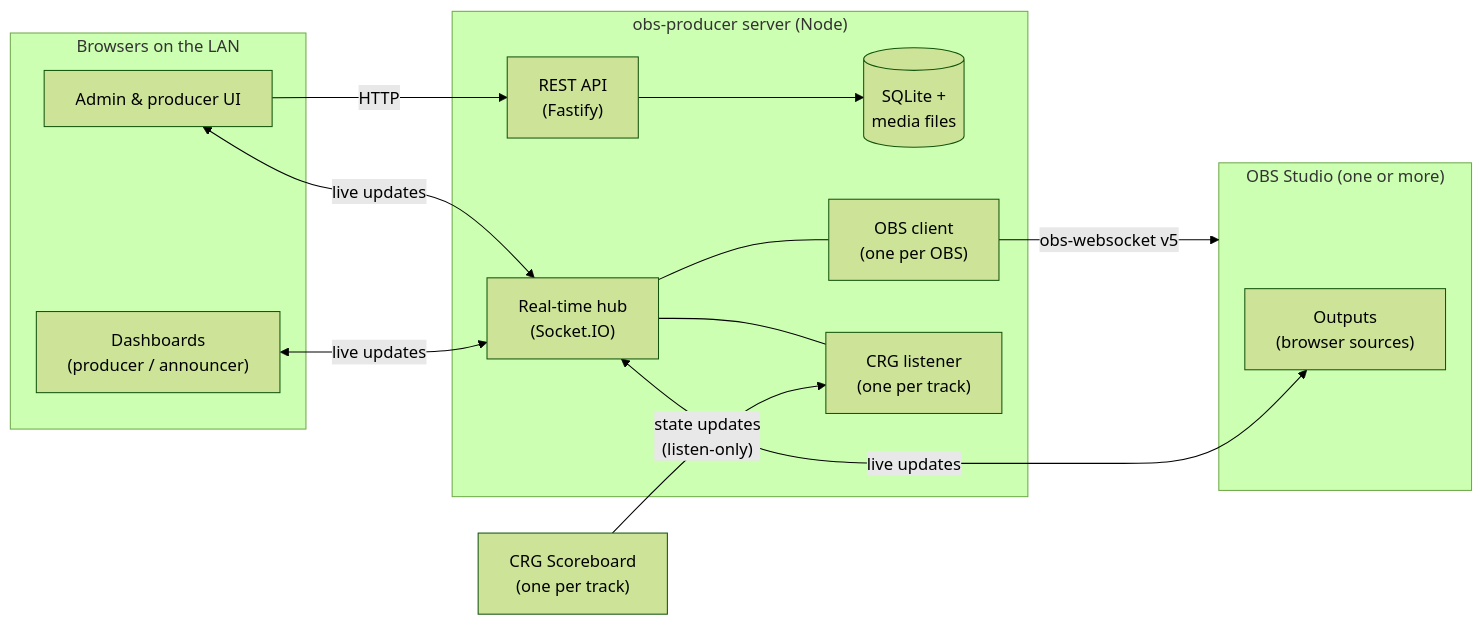
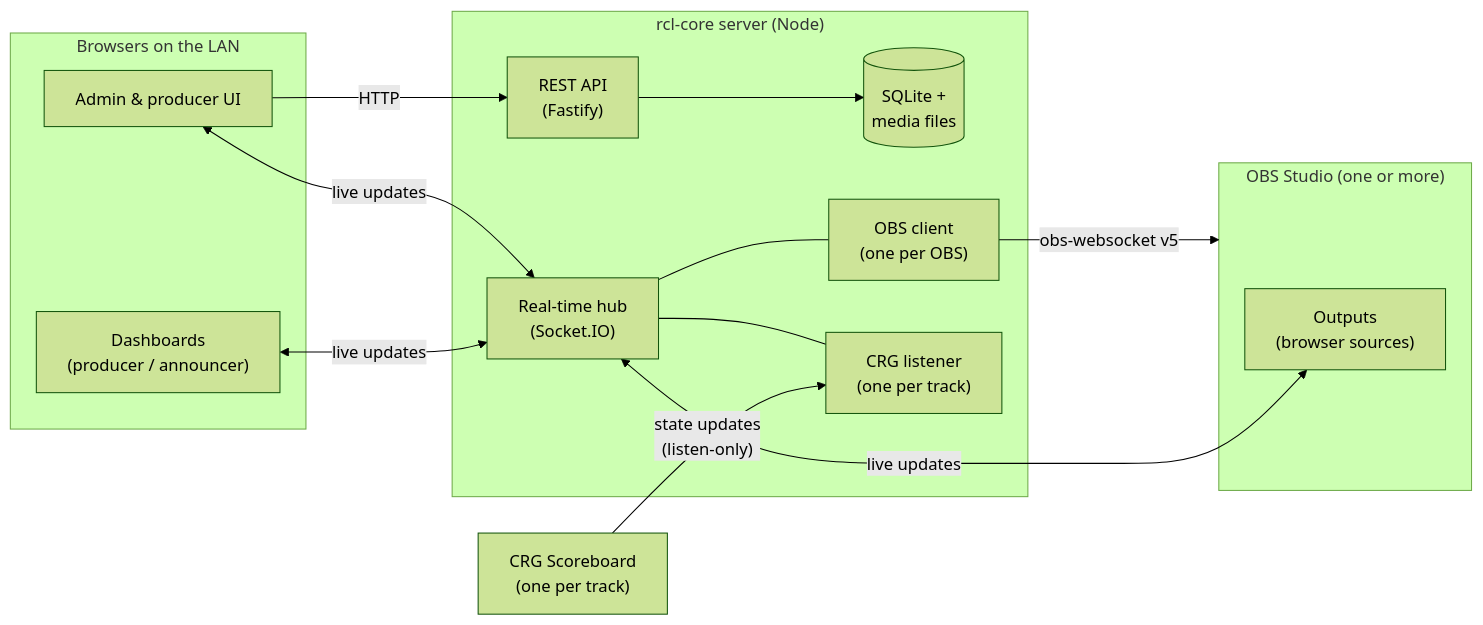
One commit to wardmanm/rollcall_derby changed the diagram in docs/architecture/README.md. Above: the diagram before and after it, drawn with Mermaid (forest theme). The commit also changed other lines of this file and 48 other files, not shown here.

````diff
--- a/docs/architecture/README.md
+++ b/docs/architecture/README.md
@@ -12,28 +12,28 @@
 ```mermaid
 flowchart LR
   subgraph browsers["Browsers on the LAN"]
     ui["Admin & producer UI"]
     dash["Dashboards<br/>(producer / announcer)"]
   end
   subgraph obs["OBS Studio (one or more)"]
     out["Outputs<br/>(browser sources)"]
   end
-  subgraph server["obs-producer server (Node)"]
+  subgraph server["rcl-core server (Node)"]
     api["REST API<br/>(Fastify)"]
     hub["Real-time hub<br/>(Socket.IO)"]
     store[("SQLite +<br/>media files")]
     obsc["OBS client<br/>(one per OBS)"]
     crgc["CRG listener<br/>(one per track)"]
   end
   crg["CRG Scoreboard<br/>(one per track)"]
 
   ui -->|HTTP| api
   ui <-->|live updates| hub
   dash <-->|live updates| hub
   out <-->|live updates| hub
   api --> store
   hub --- obsc
   hub --- crgc
   obsc -->|obs-websocket v5| obs
   crg -->|"state updates<br/>(listen-only)"| crgc
 ```
````
